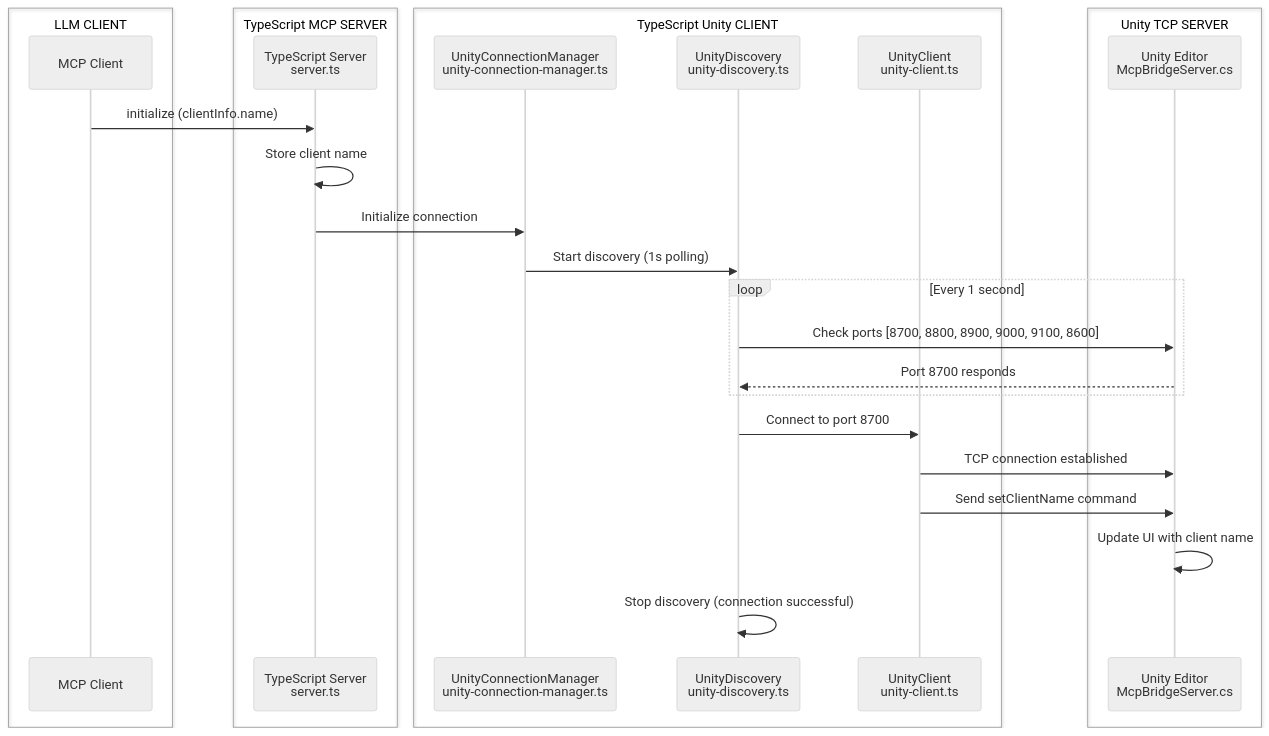
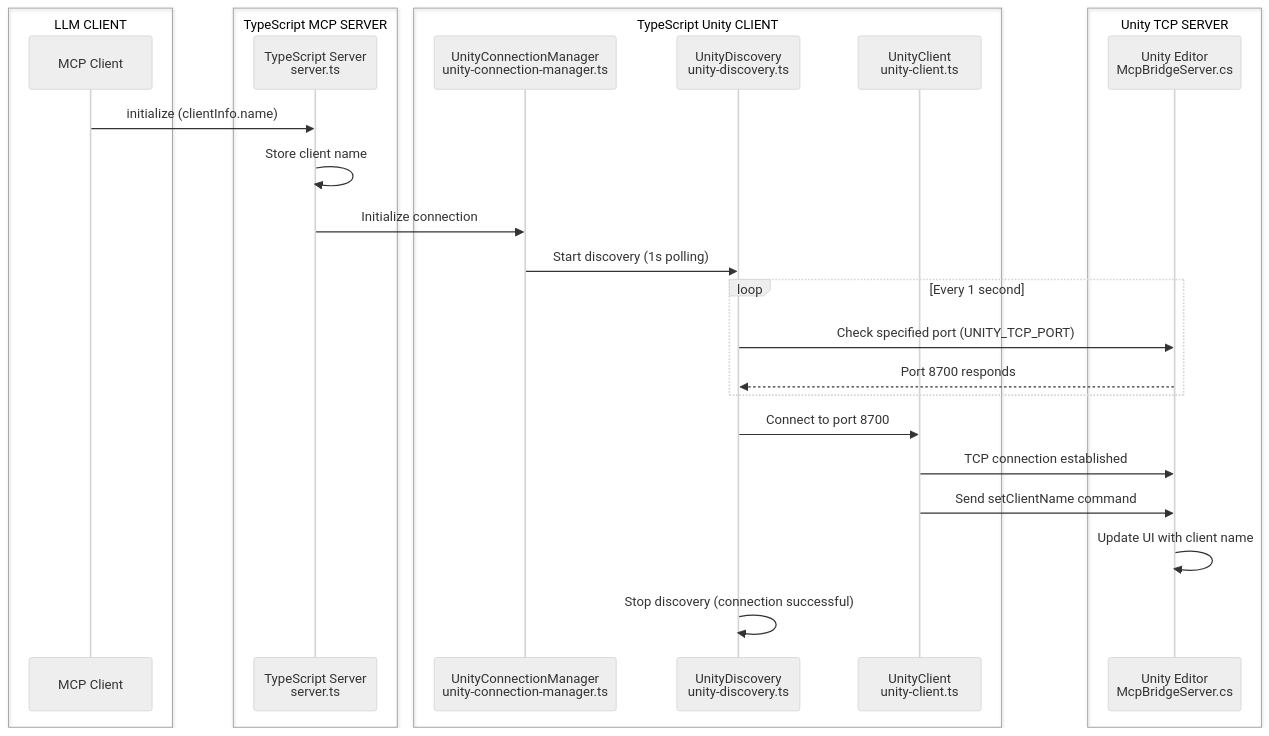
Before and after one commit to hatayama/uLoopMCP: the sixth of 16 diagrams in Packages/src/ARCHITECTURE.md, drawn with Mermaid (neutral theme). The commit also changed other lines of this file and 3 other files, not shown here.

First line of the commit message:
refactor: optimize Unity discovery to use single specified port

````diff
--- a/Packages/src/ARCHITECTURE.md
+++ b/Packages/src/ARCHITECTURE.md
@@ -445,36 +445,36 @@
 ```mermaid
 sequenceDiagram
     box LLM CLIENT
     participant MCP as MCP Client
     end
     
     box TypeScript MCP SERVER
     participant TS as TypeScript Server<br/>server.ts
     end
     
     box TypeScript Unity CLIENT
     participant UCM as UnityConnectionManager<br/>unity-connection-manager.ts
     participant UD as UnityDiscovery<br/>unity-discovery.ts
     participant UC as UnityClient<br/>unity-client.ts
     end
     
     box Unity TCP SERVER
     participant Unity as Unity Editor<br/>McpBridgeServer.cs
     end
     
     MCP->>TS: initialize (clientInfo.name)
     TS->>TS: Store client name
     TS->>UCM: Initialize connection
     UCM->>UD: Start discovery (1s polling)
     
     loop Every 1 second
-        UD->>Unity: Check ports [8700, 8800, 8900, 9000, 9100, 8600]
+        UD->>Unity: Check specified port (UNITY_TCP_PORT)
         Unity-->>UD: Port 8700 responds
     end
     
     UD->>UC: Connect to port 8700
     UC->>Unity: TCP connection established
     UC->>Unity: Send setClientName command
     Unity->>Unity: Update UI with client name
     UD->>UD: Stop discovery (connection successful)
 ```
````
